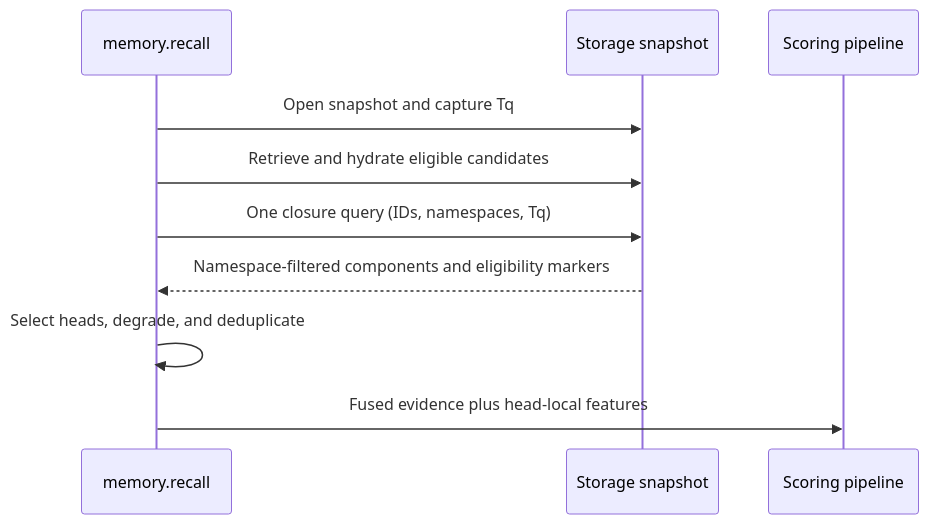
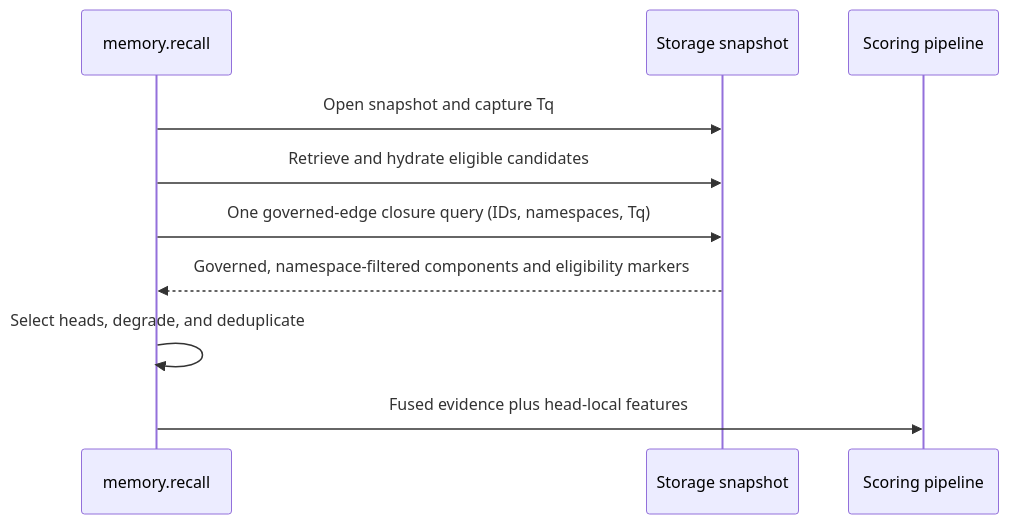
One commit to ohdearquant/khive changed the second of 2 diagrams in docs/adr/ADR-157-supersession-chain-canonicalization.md. Above: the diagram before and after it, drawn with Mermaid. The commit also changed other lines of this file, not shown here.

````diff
--- a/docs/adr/ADR-157-supersession-chain-canonicalization.md
+++ b/docs/adr/ADR-157-supersession-chain-canonicalization.md
@@ -203,12 +257,12 @@
 ```mermaid
 sequenceDiagram
   participant Recall as memory.recall
   participant Store as Storage snapshot
   participant Score as Scoring pipeline
   Recall->>Store: Open snapshot and capture Tq
   Recall->>Store: Retrieve and hydrate eligible candidates
-  Recall->>Store: One closure query (IDs, namespaces, Tq)
-  Store-->>Recall: Namespace-filtered components and eligibility markers
+  Recall->>Store: One governed-edge closure query (IDs, namespaces, Tq)
+  Store-->>Recall: Governed, namespace-filtered components and eligibility markers
   Recall->>Recall: Select heads, degrade, and deduplicate
   Recall->>Score: Fused evidence plus head-local features
 ```
````
